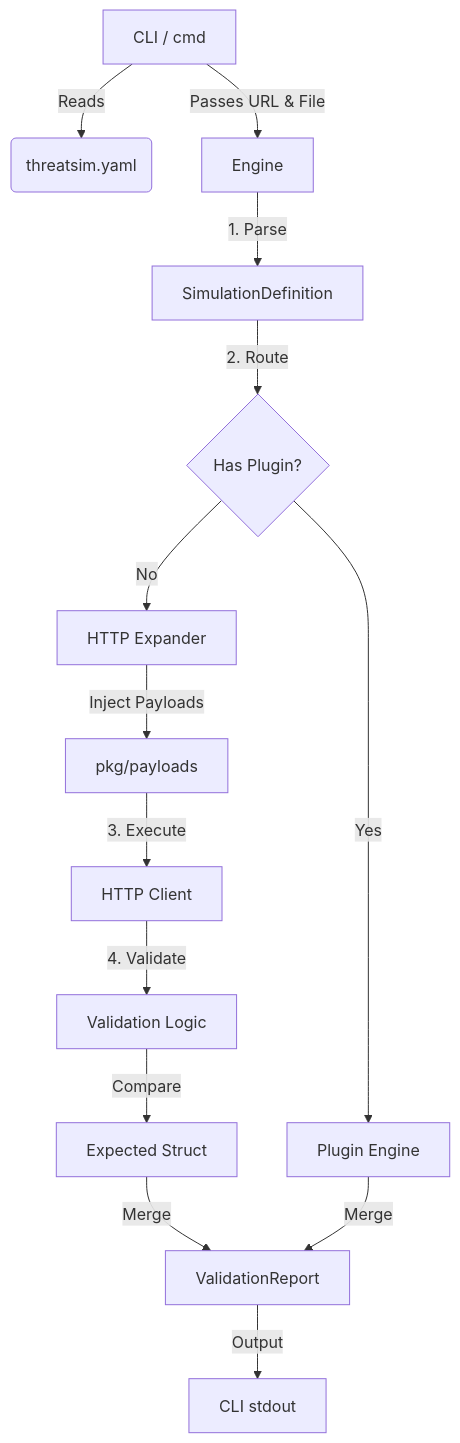
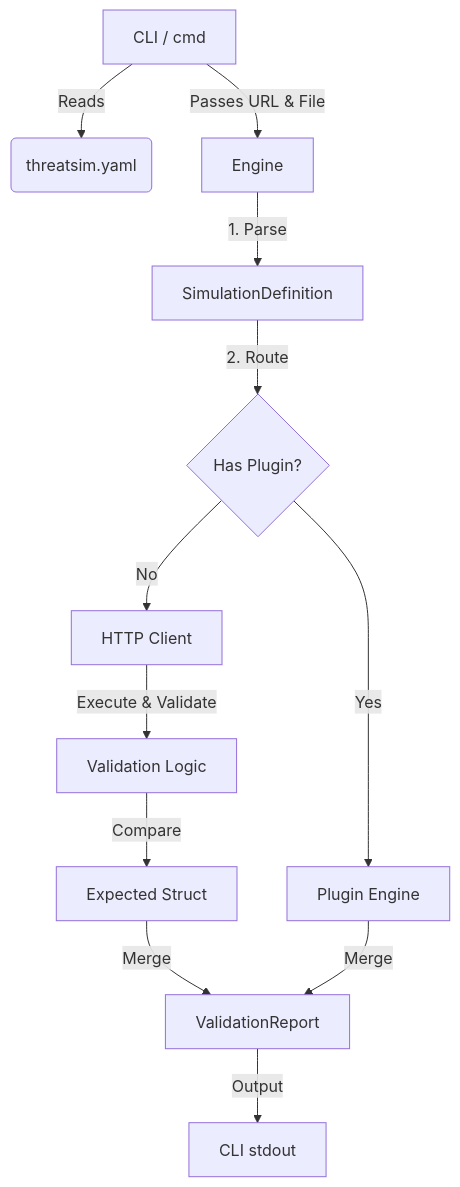
The diagram in docs/internals.md (Stratify-Systems/ThreatSIM), drawn with Mermaid before and after one commit. The commit also changed other lines of this file and 1 other file, not shown here.

Commit message:
docs: update architectural documentation to remove SQLi-specific references and simplify internal execution flows

````diff
--- a/docs/internals.md
+++ b/docs/internals.md
@@ -21,16 +20,14 @@
 ```mermaid
 graph TD
     A[CLI / cmd] -->|Reads| B(threatsim.yaml)
     A -->|Passes URL & File| C[Engine]
     C -->|1. Parse| D[SimulationDefinition]
     D -->|2. Route| E{Has Plugin?}
     E -->|Yes| F[Plugin Engine]
-    E -->|No| G[HTTP Expander]
-    G -->|Inject Payloads| H[pkg/payloads]
-    H -->|3. Execute| I[HTTP Client]
-    I -->|4. Validate| J[Validation Logic]
+    E -->|No| I[HTTP Client]
+    I -->|Execute & Validate| J[Validation Logic]
     J -->|Compare| K[Expected Struct]
     K -->|Merge| L
     F -->|Merge| L[ValidationReport]
     L -->|Output| M[CLI stdout]
 ```
````
